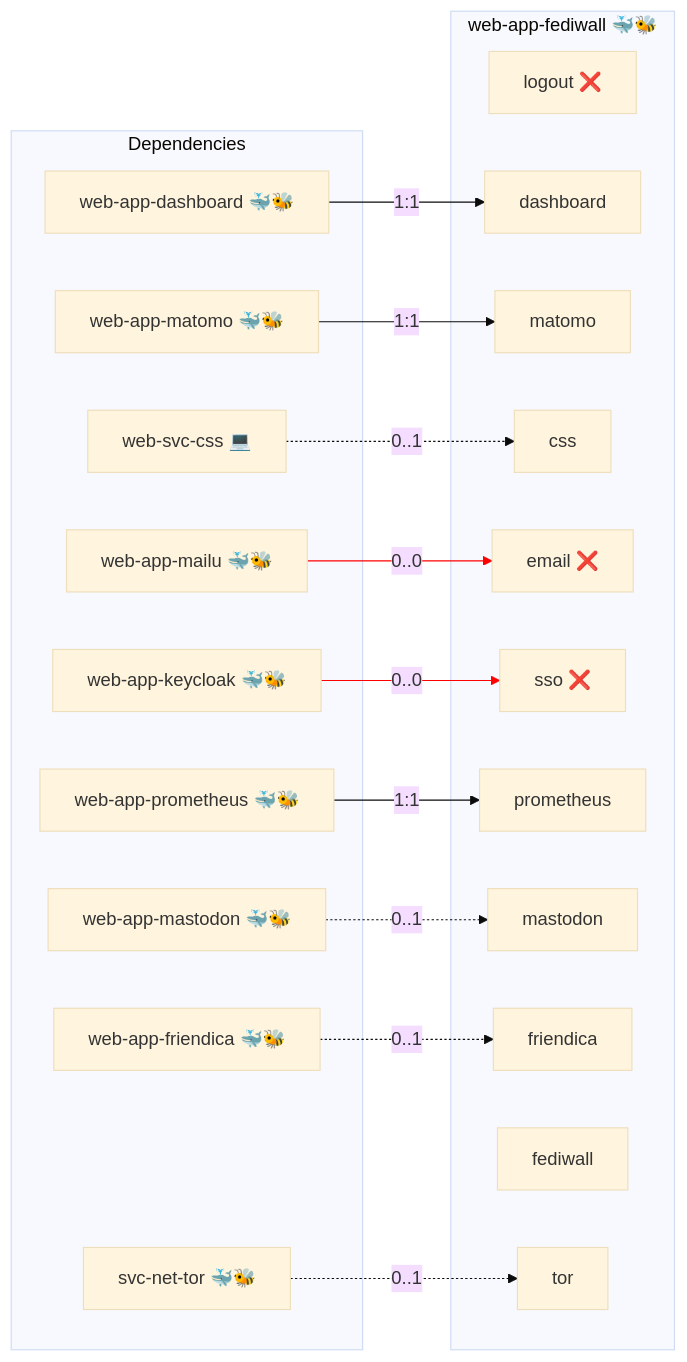
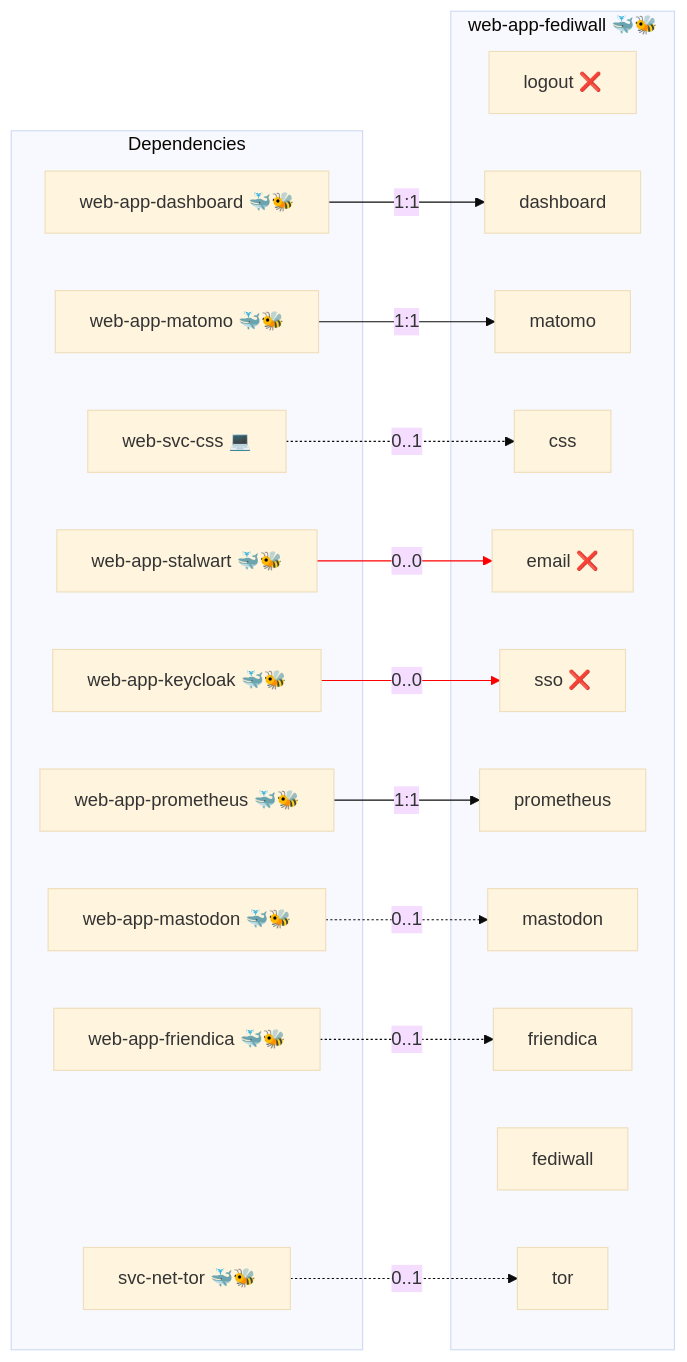
The diagram in roles/web-app-fediwall/README.md (AlejandroRomanIbanez/infinito-nexus), drawn with Mermaid (base theme) before and after one commit. The commit also changed 67 other files, not shown here.

````diff
--- a/roles/web-app-fediwall/README.md
+++ b/roles/web-app-fediwall/README.md
@@ -19,37 +19,37 @@
 ```mermaid
 flowchart LR
     subgraph deps [Dependencies]
         dep_svc_net_tor["svc-net-tor 🐳🐝"]
         dep_web_app_dashboard["web-app-dashboard 🐳🐝"]
         dep_web_app_friendica["web-app-friendica 🐳🐝"]
         dep_web_app_keycloak["web-app-keycloak 🐳🐝"]
-        dep_web_app_mailu["web-app-mailu 🐳🐝"]
         dep_web_app_mastodon["web-app-mastodon 🐳🐝"]
         dep_web_app_matomo["web-app-matomo 🐳🐝"]
         dep_web_app_prometheus["web-app-prometheus 🐳🐝"]
+        dep_web_app_stalwart["web-app-stalwart 🐳🐝"]
         dep_web_svc_css["web-svc-css 💻"]
     end
     subgraph role [web-app-fediwall 🐳🐝]
         svc_logout["logout ❌"]
         svc_dashboard["dashboard"]
         svc_matomo["matomo"]
         svc_css["css"]
         svc_email["email ❌"]
         svc_sso["sso ❌"]
         svc_prometheus["prometheus"]
         svc_mastodon["mastodon"]
         svc_friendica["friendica"]
         svc_fediwall["fediwall"]
         svc_tor["tor"]
     end
     dep_svc_net_tor -. "0..1" .-> svc_tor
     dep_web_app_dashboard -- "1:1" --> svc_dashboard
     dep_web_app_friendica -. "0..1" .-> svc_friendica
     dep_web_app_keycloak -- "0..0" --> svc_sso
-    dep_web_app_mailu -- "0..0" --> svc_email
     dep_web_app_mastodon -. "0..1" .-> svc_mastodon
     dep_web_app_matomo -- "1:1" --> svc_matomo
     dep_web_app_prometheus -- "1:1" --> svc_prometheus
+    dep_web_app_stalwart -- "0..0" --> svc_email
     dep_web_svc_css -. "0..1" .-> svc_css
-    linkStyle 3,4 stroke:red;
+    linkStyle 3,7 stroke:red;
 ```
````
